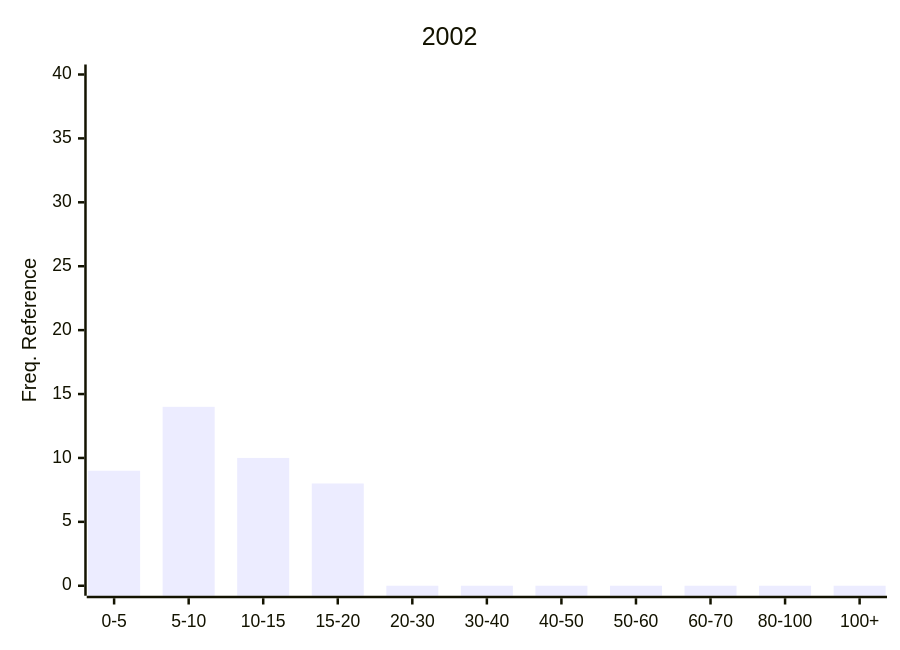
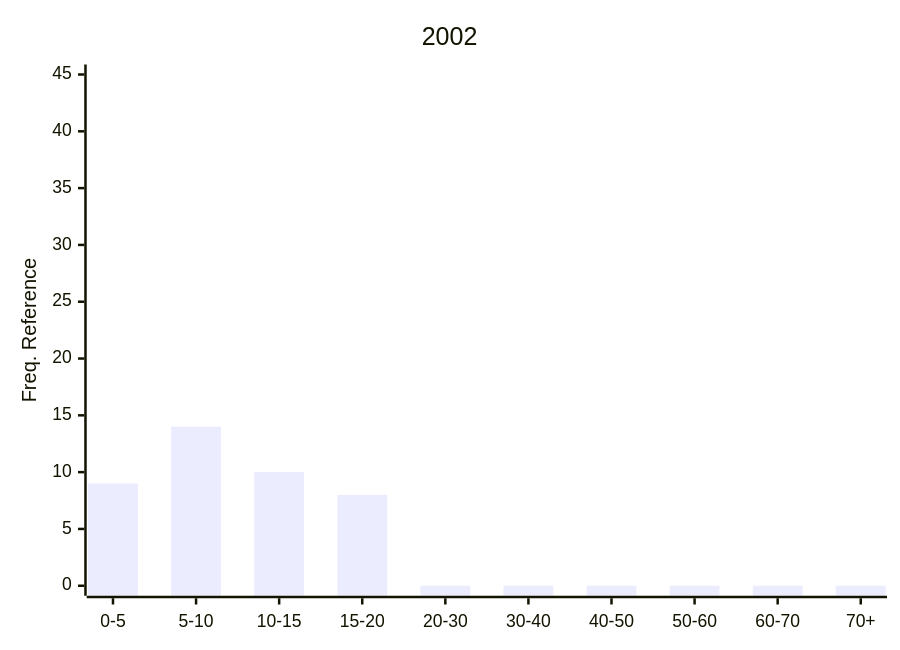
Before and after one commit to Nemus-Project/fair-nime-2026: the sixth of 29 diagrams in README.md, drawn with Mermaid. The commit also changed other lines of this file, not shown here.

Commit message:
add freq charts

````diff
--- a/README.md
+++ b/README.md
@@ -484,7 +487,7 @@
 ```mermaid
 xychart-beta
     title "2002"
-    x-axis ["0-5", "5-10", "10-15", "15-20", "20-30", "30-40", "40-50", "50-60", "60-70", "80-100", "100+"]
-    y-axis "Freq. Reference" 0 --> 40
-    bar [9, 14, 10, 8, 0, 0, 0, 0, 0, 0, 0]
+    x-axis ["0-5", "5-10", "10-15", "15-20", "20-30", "30-40", "40-50", "50-60", "60-70", "70+"]
+    y-axis "Freq. Reference" 0 --> 45
+    bar [9, 14, 10, 8, 0, 0, 0, 0, 0, 0]
 ```    
````
